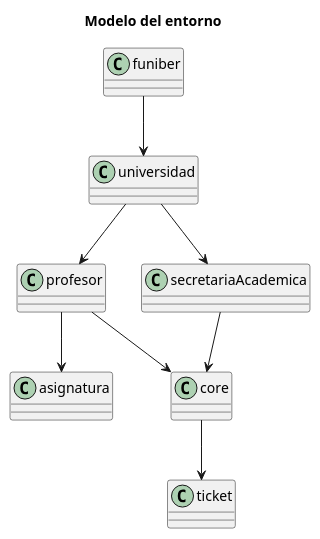
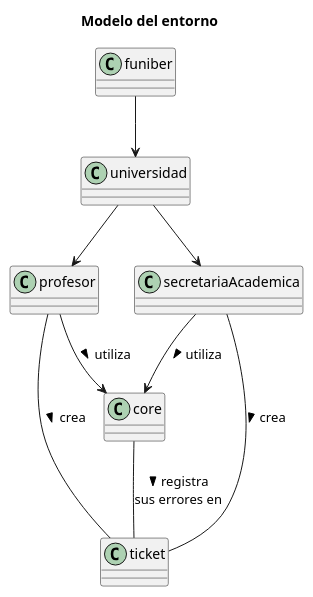
The diagram in modelosUML/ModeloDelEntorno.puml (mmasias/23-24-IdSw1-SDR), drawn with PlantUML before and after one commit. The commit also changed 2 other files, not shown here.

```diff
--- a/modelosUML/ModeloDelEntorno.puml
+++ b/modelosUML/ModeloDelEntorno.puml
@@ -1,14 +1,15 @@
 @startuml
 'https://plantuml.com/sequence-diagram
 title Modelo del entorno
 
 class profesor
 funiber --> universidad 
-profesor --> asignatura 
 universidad --> profesor 
 universidad --> secretariaAcademica
-profesor --> core 
-secretariaAcademica --> core
-core --> ticket 
+profesor --> core : > utiliza
+secretariaAcademica --> core: > utiliza
+profesor -- ticket: > crea
+secretariaAcademica -- ticket: > crea
+core -- ticket : > registra\nsus errores en
 
 @enduml
```
